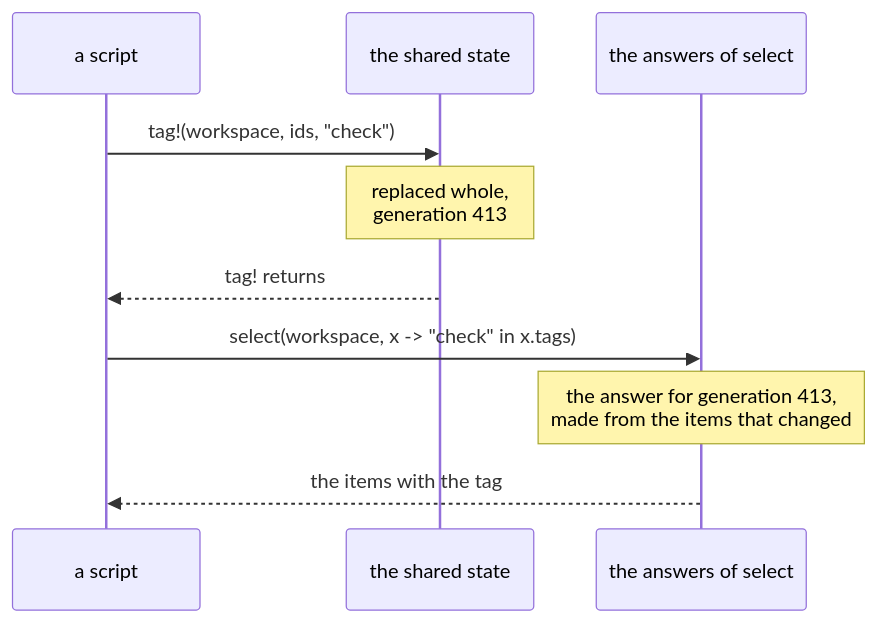
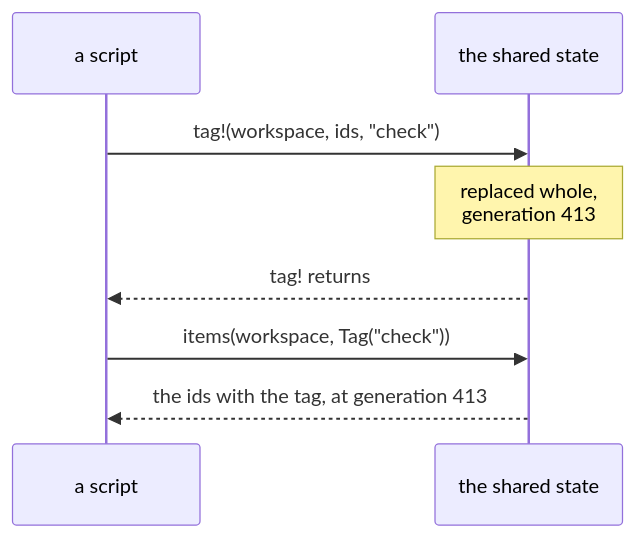
One commit to digiefel/DataBrowser changed the second of 3 diagrams in docs/plans/client-api.md. Above: the diagram before and after it, drawn with Mermaid. The commit also changed other lines of this file, not shown here.

First line of the commit message:
Give the function of select the id and the metadata of each item

````diff
--- a/docs/plans/client-api.md
+++ b/docs/plans/client-api.md
@@ -70,12 +70,10 @@
 ```mermaid
 sequenceDiagram
     participant C as a script
     participant S as the shared state
-    participant A as the answers of select
     C->>S: tag!(workspace, ids, "check")
     Note over S: replaced whole,<br/>generation 413
     S-->>C: tag! returns
-    C->>A: select(workspace, x -> "check" in x.tags)
-    Note over A: the answer for generation 413,<br/>made from the items that changed
-    A-->>C: the items with the tag
+    C->>S: items(workspace, Tag("check"))
+    S-->>C: the ids with the tag, at generation 413
 ```
````
